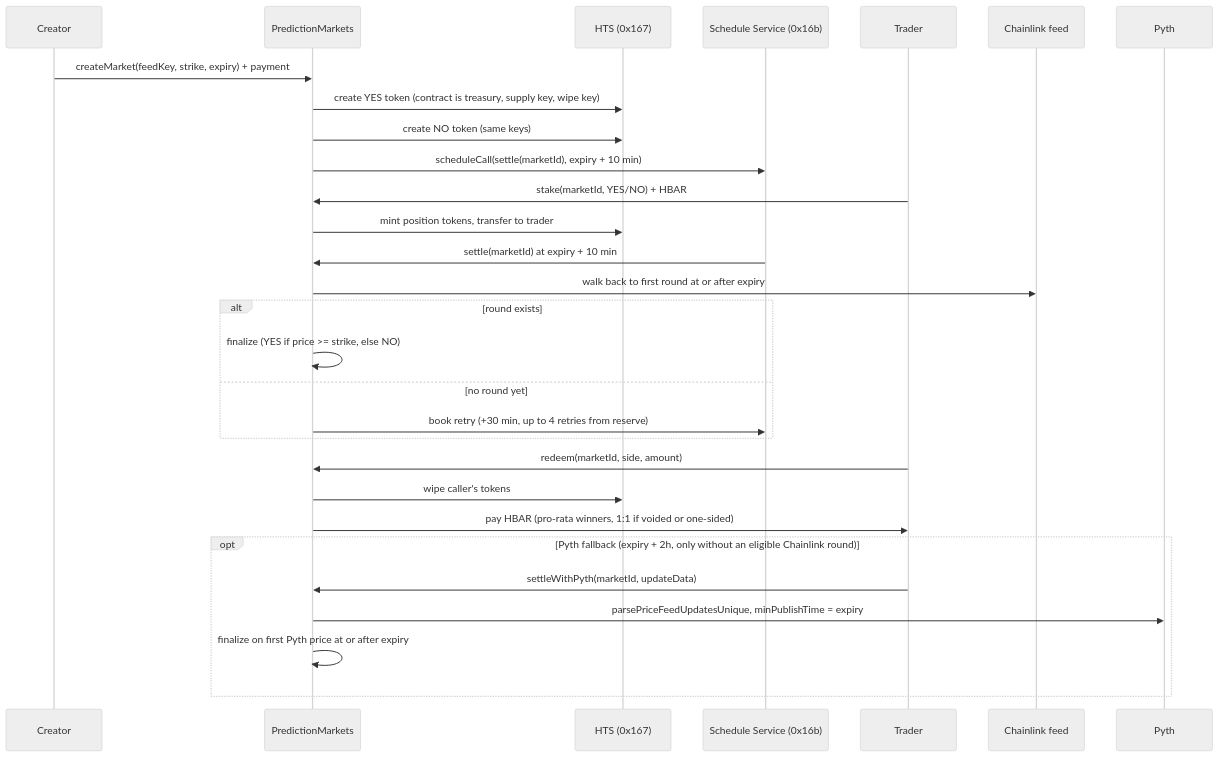
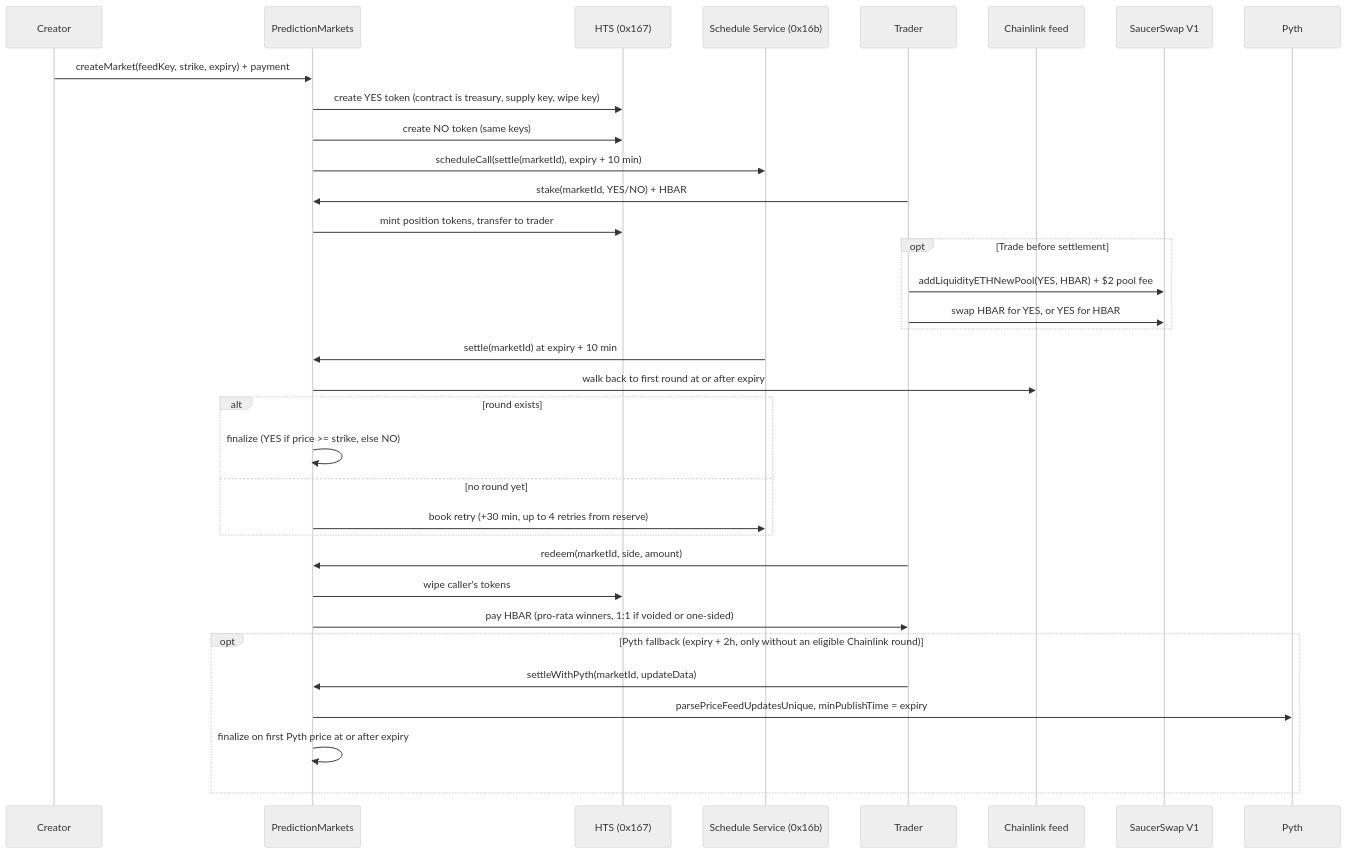
The diagram in README.md (superhbar/prediction-market), drawn with Mermaid (neutral theme) before and after one commit. The commit also changed other lines of this file and 3 other files, not shown here.

Commit message:
docs: document SaucerSwap trading and add pool, buy and sell to the testnet e2e

````diff
--- a/README.md
+++ b/README.md
@@ -97,32 +98,37 @@
 ```mermaid
 sequenceDiagram
     participant Creator
     participant PM as PredictionMarkets
     participant HTS as HTS (0x167)
     participant HSS as Schedule Service (0x16b)
     participant Trader
     participant CL as Chainlink feed
+    participant SS as SaucerSwap V1
     participant Pyth
 
     Creator->>PM: createMarket(feedKey, strike, expiry) + payment
     PM->>HTS: create YES token (contract is treasury, supply key, wipe key)
     PM->>HTS: create NO token (same keys)
     PM->>HSS: scheduleCall(settle(marketId), expiry + 10 min)
     Trader->>PM: stake(marketId, YES/NO) + HBAR
     PM->>HTS: mint position tokens, transfer to trader
+    opt Trade before settlement
+        Trader->>SS: addLiquidityETHNewPool(YES, HBAR) + $2 pool fee
+        Trader->>SS: swap HBAR for YES, or YES for HBAR
+    end
     HSS->>PM: settle(marketId) at expiry + 10 min
     PM->>CL: walk back to first round at or after expiry
     alt round exists
         PM->>PM: finalize (YES if price >= strike, else NO)
     else no round yet
         PM->>HSS: book retry (+30 min, up to 4 retries from reserve)
     end
     Trader->>PM: redeem(marketId, side, amount)
     PM->>HTS: wipe caller's tokens
     PM->>Trader: pay HBAR (pro-rata winners, 1:1 if voided or one-sided)
     opt Pyth fallback (expiry + 2h, only without an eligible Chainlink round)
         Trader->>PM: settleWithPyth(marketId, updateData)
         PM->>Pyth: parsePriceFeedUpdatesUnique, minPublishTime = expiry
         PM->>PM: finalize on first Pyth price at or after expiry
     end
 ```
````
